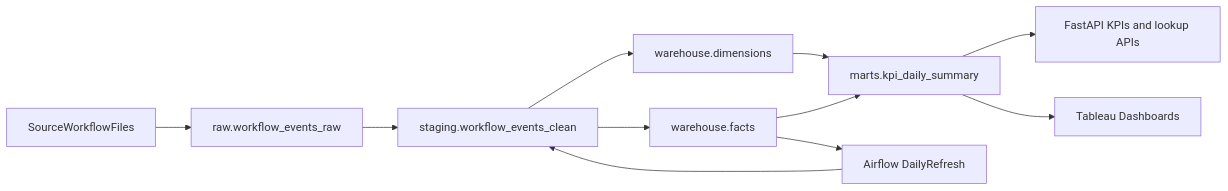
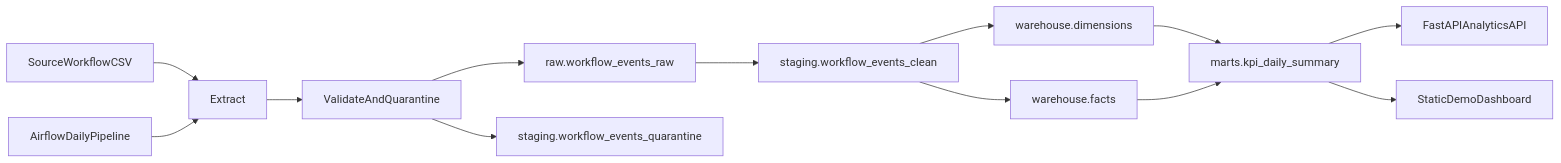
The diagram in docs/architecture.md (Adhi2648/OpsPulse), drawn with Mermaid before and after one commit. The commit also changed other lines of this file and 16 other files, not shown here.

Commit message:
DAG + Airflow setup + APIS created

````diff
--- a/docs/architecture.md
+++ b/docs/architecture.md
@@ -9,13 +9,15 @@
 ```mermaid
 flowchart LR
-    sourceData[SourceWorkflowFiles] --> rawLayer[raw.workflow_events_raw]
+    sourceFiles[SourceWorkflowCSV] --> extractStage[Extract]
+    extractStage --> validateStage[ValidateAndQuarantine]
+    validateStage --> rawLayer[raw.workflow_events_raw]
+    validateStage --> quarantineLayer[staging.workflow_events_quarantine]
     rawLayer --> stagingLayer[staging.workflow_events_clean]
-    stagingLayer --> dims[warehouse.dimensions]
-    stagingLayer --> facts[warehouse.facts]
-    dims --> martsLayer[marts.kpi_daily_summary]
-    facts --> martsLayer
-    martsLayer --> apiLayer[FastAPI KPIs and lookup APIs]
-    martsLayer --> tableauLayer[Tableau Dashboards]
-    facts --> airflowLayer[Airflow DailyRefresh]
-    airflowLayer --> stagingLayer
+    stagingLayer --> dimLayer[warehouse.dimensions]
+    stagingLayer --> factLayer[warehouse.facts]
+    dimLayer --> martsLayer[marts.kpi_daily_summary]
+    factLayer --> martsLayer
+    martsLayer --> apiLayer[FastAPIAnalyticsAPI]
+    martsLayer --> demoLayer[StaticDemoDashboard]
+    airflowLayer[AirflowDailyPipeline] --> extractStage
 ```
````
